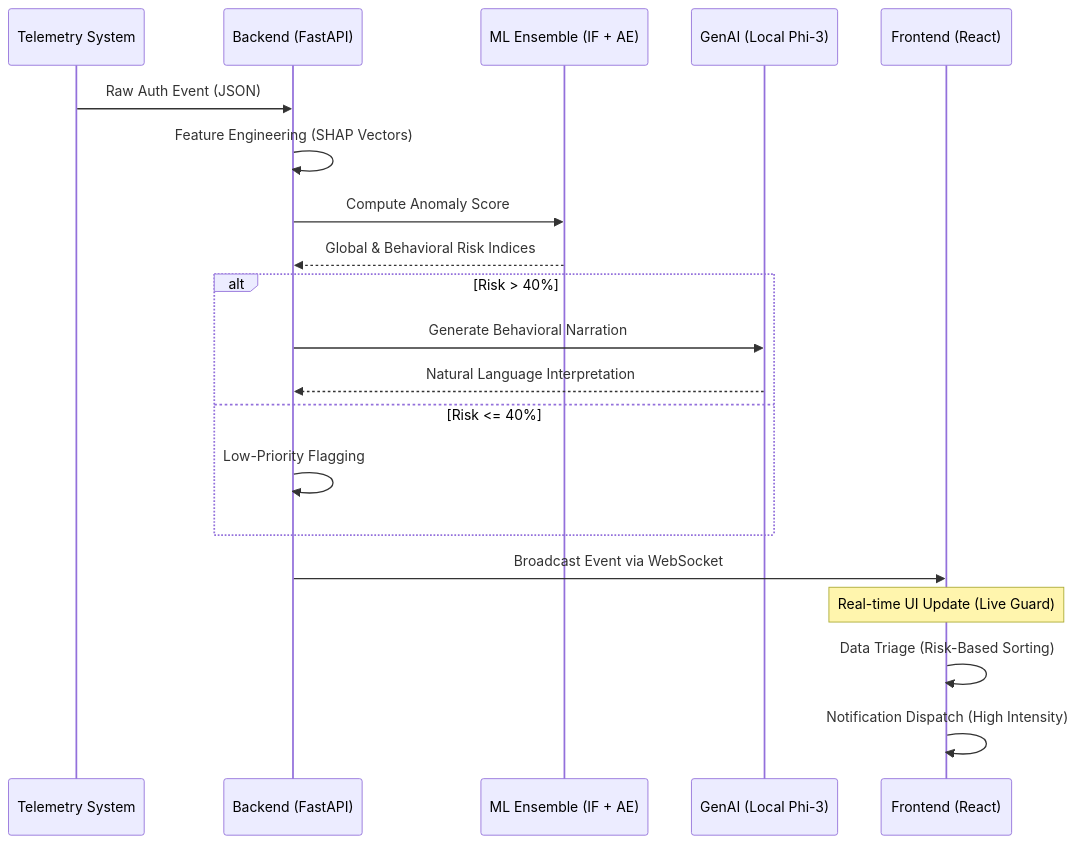
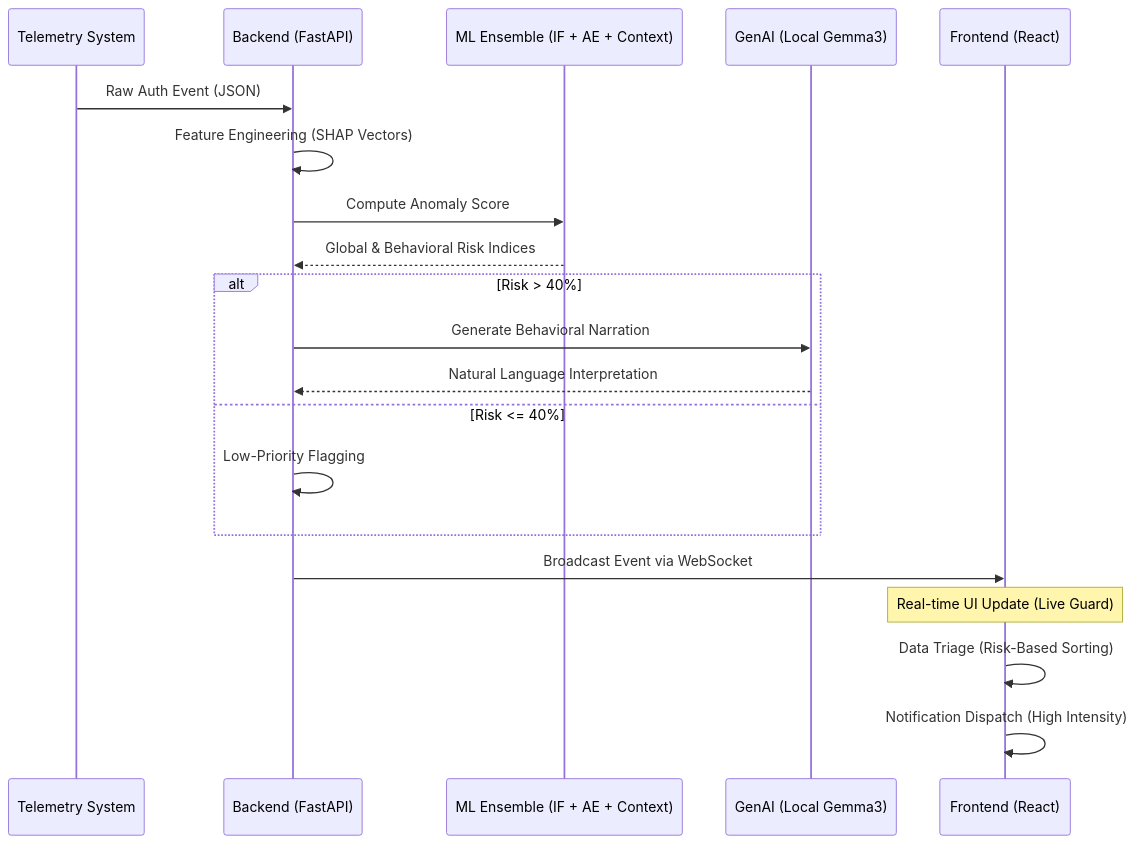
The second of 2 diagrams in README.md (Pranavar90/isrl), drawn with Mermaid before and after one commit. The commit also changed other lines of this file and 14 other files, not shown here.

````diff
--- a/README.md
+++ b/README.md
@@ -45,26 +47,26 @@
 ```mermaid
 sequenceDiagram
     participant T as Telemetry System
     participant B as Backend (FastAPI)
-    participant M as ML Ensemble (IF + AE)
-    participant L as GenAI (Local Phi-3)
+    participant M as ML Ensemble (IF + AE + Context)
+    participant L as GenAI (Local Gemma3)
     participant F as Frontend (React)
 
     T->>B: Raw Auth Event (JSON)
     B->>B: Feature Engineering (SHAP Vectors)
     B->>M: Compute Anomaly Score
     M-->>B: Global & Behavioral Risk Indices
     
     alt Risk > 40%
         B->>L: Generate Behavioral Narration
         L-->>B: Natural Language Interpretation
     else Risk <= 40%
         B->>B: Low-Priority Flagging
     end
 
     B->>F: Broadcast Event via WebSocket
     Note over F: Real-time UI Update (Live Guard)
     
     F->>F: Data Triage (Risk-Based Sorting)
     F->>F: Notification Dispatch (High Intensity)
 ```
````
